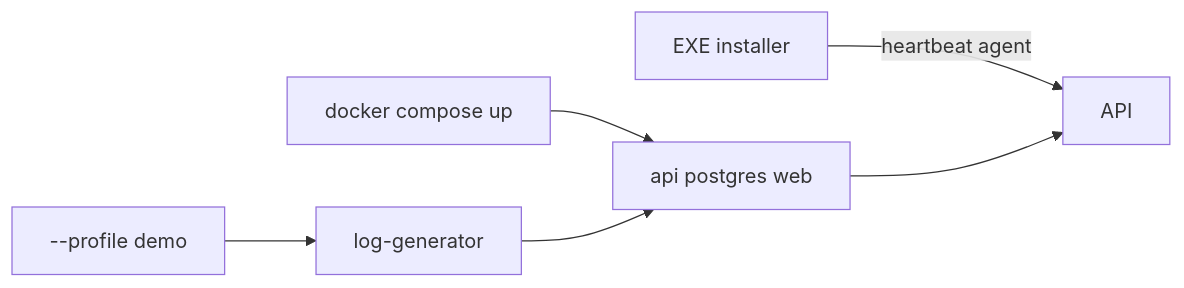
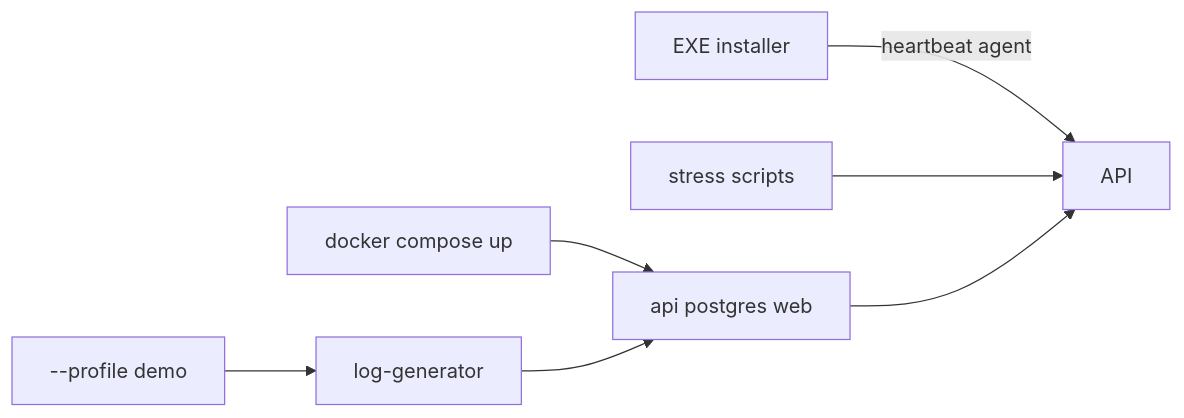
One commit to DarkGreen-projects/darkgreen-siem changed the second of 2 diagrams in docs/architecture.md. Above: the diagram before and after it, drawn with Mermaid. The commit also changed other lines of this file and 7 other files, not shown here.

First line of the commit message:
docs: refresh setup, security, architecture, and stress lab guides

````diff
--- a/docs/architecture.md
+++ b/docs/architecture.md
@@ -99,8 +123,9 @@
 ```mermaid
 flowchart LR
   Up[docker compose up] --> Lean[api postgres web]
   Demo["--profile demo"] --> Gen[log-generator]
   Gen --> Lean
   Host[EXE installer] -->|heartbeat agent| API
+  Stress[stress scripts] --> API
   Lean --> API
 ```
````
